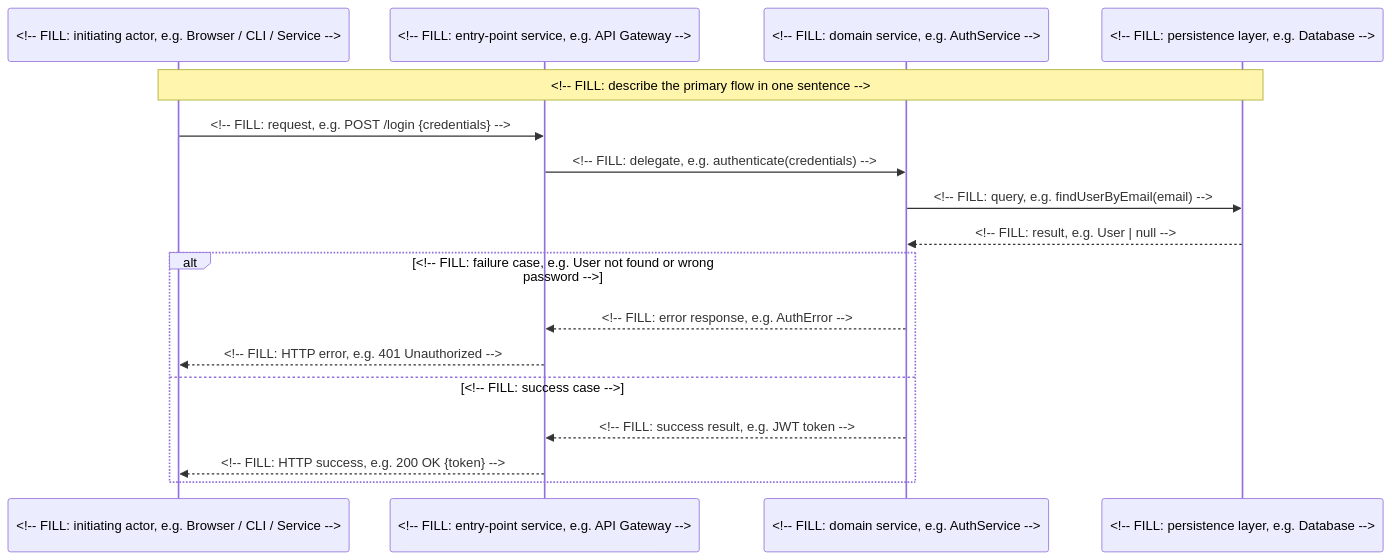
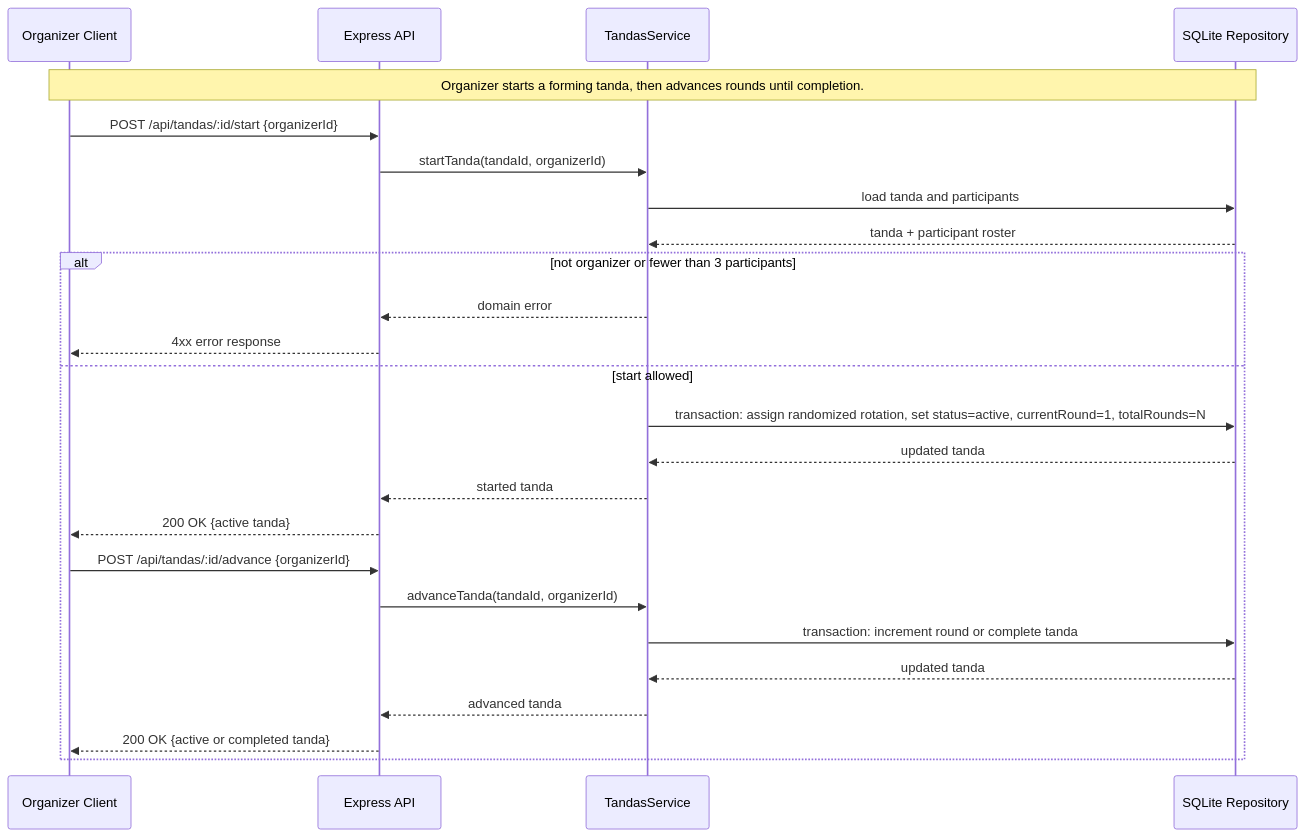
The diagram in docs/diagrams/sequence-primary.md (jghiringhelli/gs-workshop-vaquita), drawn with Mermaid before and after one commit. The commit also changed other lines of this file and 8 other files, not shown here.

Commit message:
feat: complete tanda lifecycle with cancel, round summary, and docs

````diff
--- a/docs/diagrams/sequence-primary.md
+++ b/docs/diagrams/sequence-primary.md
@@ -5,22 +3,31 @@
 ```mermaid
 sequenceDiagram
-    participant Client as <!-- FILL: initiating actor, e.g. Browser / CLI / Service -->
-    participant API as <!-- FILL: entry-point service, e.g. API Gateway -->
-    participant Service as <!-- FILL: domain service, e.g. AuthService -->
-    participant Store as <!-- FILL: persistence layer, e.g. Database -->
+    participant Organizer as Organizer Client
+    participant API as Express API
+    participant Service as TandasService
+    participant Store as SQLite Repository
 
-    Note over Client,Store: <!-- FILL: describe the primary flow in one sentence -->
+    Note over Organizer,Store: Organizer starts a forming tanda, then advances rounds until completion.
 
-    Client->>API: <!-- FILL: request, e.g. POST /login {credentials} -->
-    API->>Service: <!-- FILL: delegate, e.g. authenticate(credentials) -->
-    Service->>Store: <!-- FILL: query, e.g. findUserByEmail(email) -->
-    Store-->>Service: <!-- FILL: result, e.g. User | null -->
+    Organizer->>API: POST /api/tandas/:id/start {organizerId}
+    API->>Service: startTanda(tandaId, organizerId)
+    Service->>Store: load tanda and participants
+    Store-->>Service: tanda + participant roster
 
-    alt <!-- FILL: failure case, e.g. User not found or wrong password -->
-        Service-->>API: <!-- FILL: error response, e.g. AuthError -->
-        API-->>Client: <!-- FILL: HTTP error, e.g. 401 Unauthorized -->
-    else <!-- FILL: success case -->
-        Service-->>API: <!-- FILL: success result, e.g. JWT token -->
-        API-->>Client: <!-- FILL: HTTP success, e.g. 200 OK {token} -->
+    alt not organizer or fewer than 3 participants
+        Service-->>API: domain error
+        API-->>Organizer: 4xx error response
+    else start allowed
+        Service->>Store: transaction: assign randomized rotation, set status=active, currentRound=1, totalRounds=N
+        Store-->>Service: updated tanda
+        Service-->>API: started tanda
+        API-->>Organizer: 200 OK {active tanda}
+
+        Organizer->>API: POST /api/tandas/:id/advance {organizerId}
+        API->>Service: advanceTanda(tandaId, organizerId)
+        Service->>Store: transaction: increment round or complete tanda
+        Store-->>Service: updated tanda
+        Service-->>API: advanced tanda
+        API-->>Organizer: 200 OK {active or completed tanda}
     end
 ```
````
